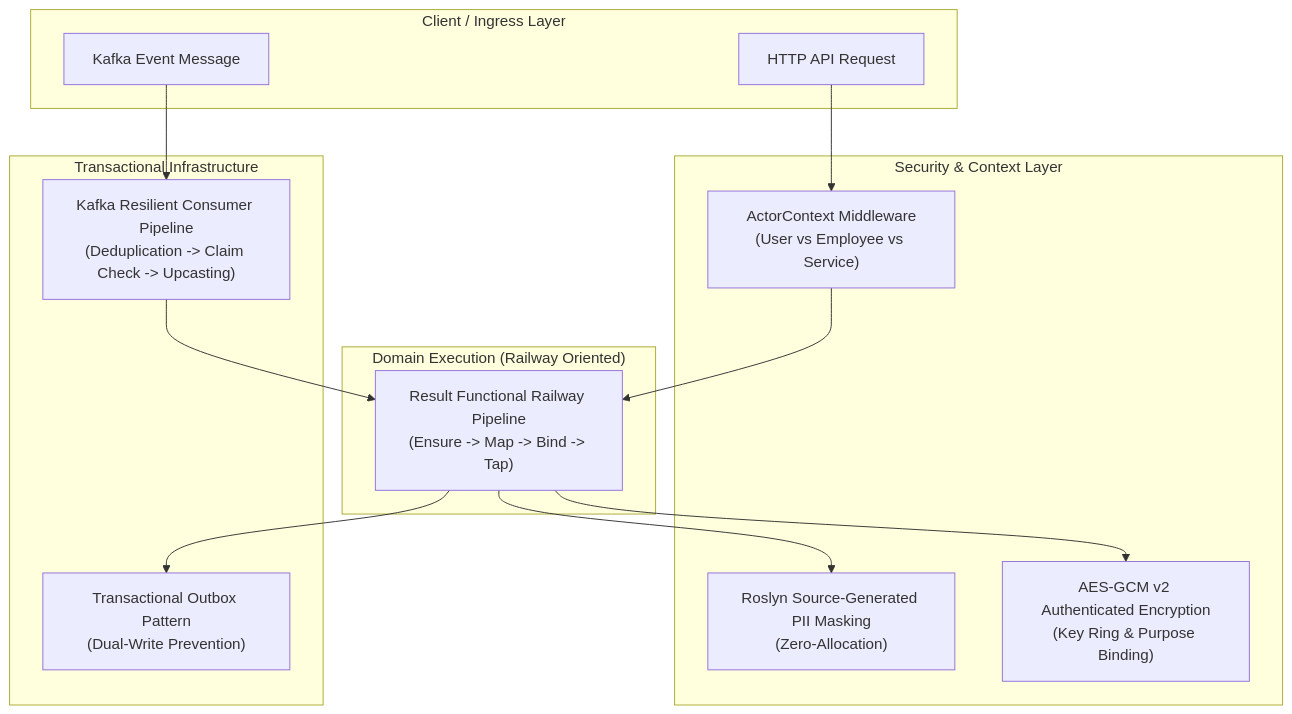
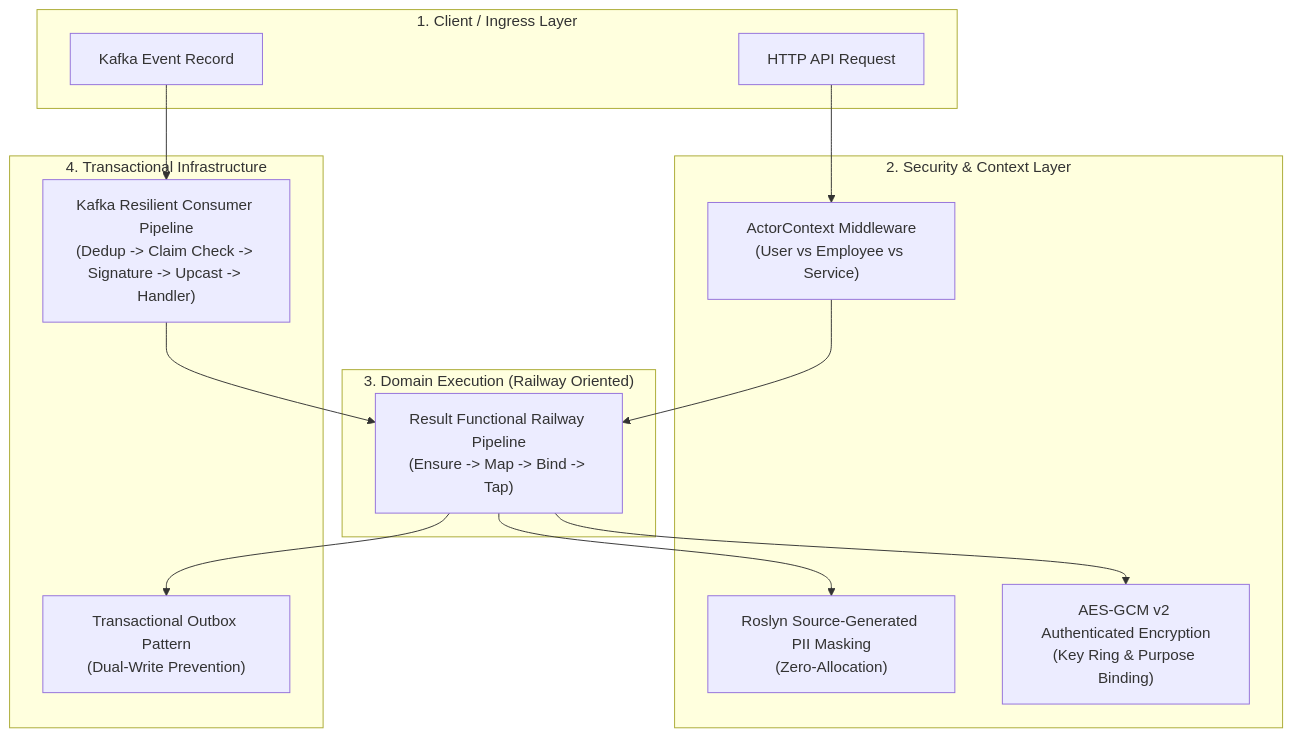
Before and after one commit to backend-crafter/CSharpExtensions: the first of 2 diagrams in README.md, drawn with Mermaid. The commit also changed other lines of this file, not shown here.

Commit message:
docs: expand Kafka documentation with declarative handlers, streaming consumers, and clean banner

````diff
--- a/README.md
+++ b/README.md
@@ -25,28 +29,28 @@
 ```mermaid
 flowchart TD
-    subgraph ClientLayer ["Client / Ingress Layer"]
+    subgraph ClientLayer ["1. Client / Ingress Layer"]
         HTTP["HTTP API Request"]
-        KafkaMsg["Kafka Event Message"]
+        KafkaMsg["Kafka Event Record"]
     end
 
-    subgraph SecurityLayer ["Security & Context Layer"]
+    subgraph SecurityLayer ["2. Security & Context Layer"]
         Actor["ActorContext Middleware\n(User vs Employee vs Service)"]
         PII["Roslyn Source-Generated PII Masking\n(Zero-Allocation)"]
         AEAD["AES-GCM v2 Authenticated Encryption\n(Key Ring & Purpose Binding)"]
     end
 
-    subgraph DomainLayer ["Domain Execution (Railway Oriented)"]
+    subgraph DomainLayer ["3. Domain Execution (Railway Oriented)"]
         ROP["Result<T> Functional Railway Pipeline\n(Ensure -> Map -> Bind -> Tap)"]
     end
 
-    subgraph PersistenceLayer ["Transactional Infrastructure"]
+    subgraph PersistenceLayer ["4. Transactional Infrastructure"]
         Outbox["Transactional Outbox Pattern\n(Dual-Write Prevention)"]
-        EventStream["Kafka Resilient Consumer Pipeline\n(Deduplication -> Claim Check -> Upcasting)"]
+        ConsumerPipe["Kafka Resilient Consumer Pipeline\n(Dedup -> Claim Check -> Signature -> Upcast -> Handler)"]
     end
 
     HTTP --> Actor --> ROP
-    KafkaMsg --> EventStream --> ROP
+    KafkaMsg --> ConsumerPipe --> ROP
     ROP --> Outbox
     ROP --> AEAD
     ROP --> PII
 ```
````
